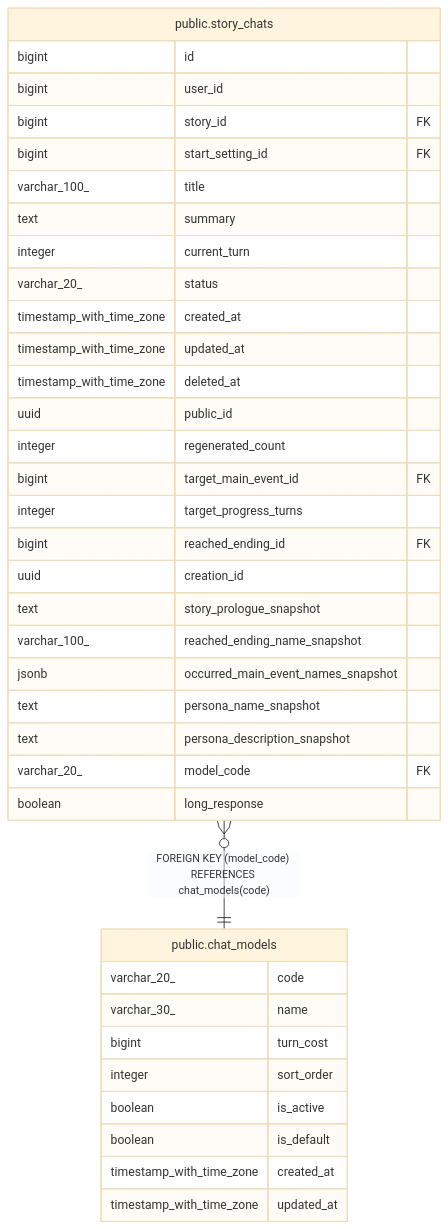
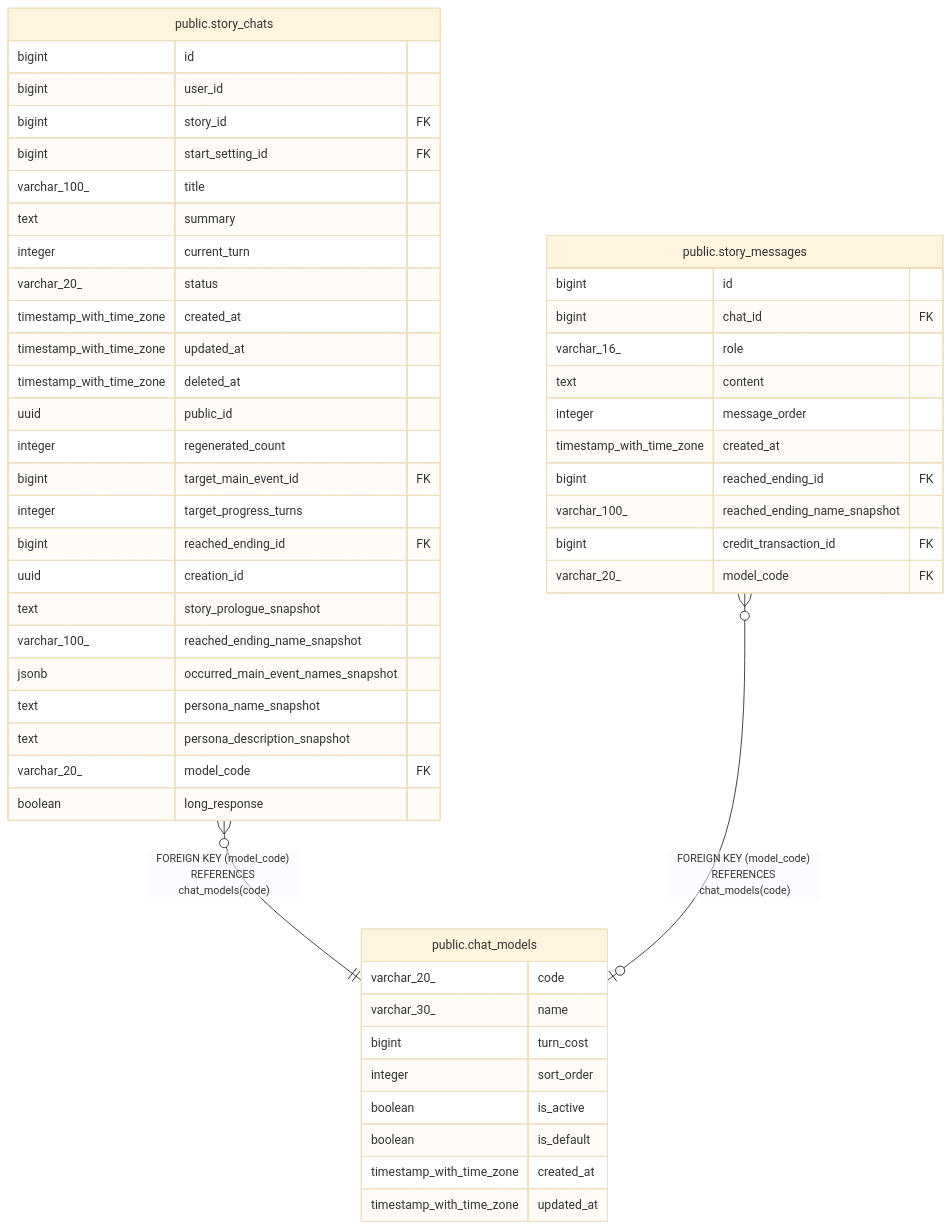
One commit to KIM-N-KANG/manyak-server changed the diagram in dbdoc/public.chat_models.md. Above: the diagram before and after it, drawn with Mermaid (base theme). The commit also changed other lines of this file and 33 other files, not shown here.

````diff
--- a/dbdoc/public.chat_models.md
+++ b/dbdoc/public.chat_models.md
@@ -34,42 +34,55 @@
 ```mermaid
 erDiagram
 
 "public.story_chats" }o--|| "public.chat_models" : "FOREIGN KEY (model_code) REFERENCES chat_models(code)"
+"public.story_messages" }o--o| "public.chat_models" : "FOREIGN KEY (model_code) REFERENCES chat_models(code)"
 
 "public.chat_models" {
   varchar_20_ code
   varchar_30_ name
   bigint turn_cost
   integer sort_order
   boolean is_active
   boolean is_default
   timestamp_with_time_zone created_at
   timestamp_with_time_zone updated_at
 }
 "public.story_chats" {
   bigint id
   bigint user_id
   bigint story_id FK
   bigint start_setting_id FK
   varchar_100_ title
   text summary
   integer current_turn
   varchar_20_ status
   timestamp_with_time_zone created_at
   timestamp_with_time_zone updated_at
   timestamp_with_time_zone deleted_at
   uuid public_id
   integer regenerated_count
   bigint target_main_event_id FK
   integer target_progress_turns
   bigint reached_ending_id FK
   uuid creation_id
   text story_prologue_snapshot
   varchar_100_ reached_ending_name_snapshot
   jsonb occurred_main_event_names_snapshot
   text persona_name_snapshot
   text persona_description_snapshot
   varchar_20_ model_code FK
   boolean long_response
 }
+"public.story_messages" {
+  bigint id
+  bigint chat_id FK
+  varchar_16_ role
+  text content
+  integer message_order
+  timestamp_with_time_zone created_at
+  bigint reached_ending_id FK
+  varchar_100_ reached_ending_name_snapshot
+  bigint credit_transaction_id FK
+  varchar_20_ model_code FK
+}
 ```
````
